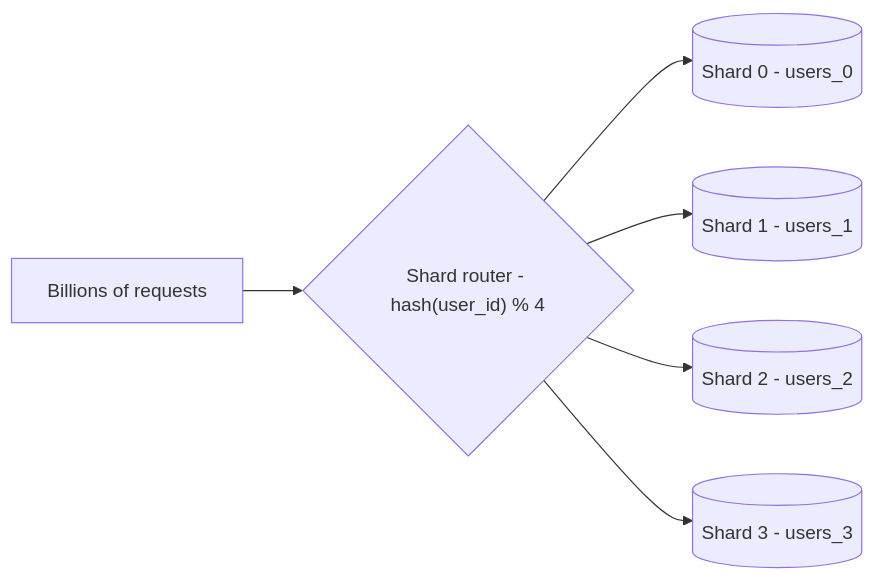
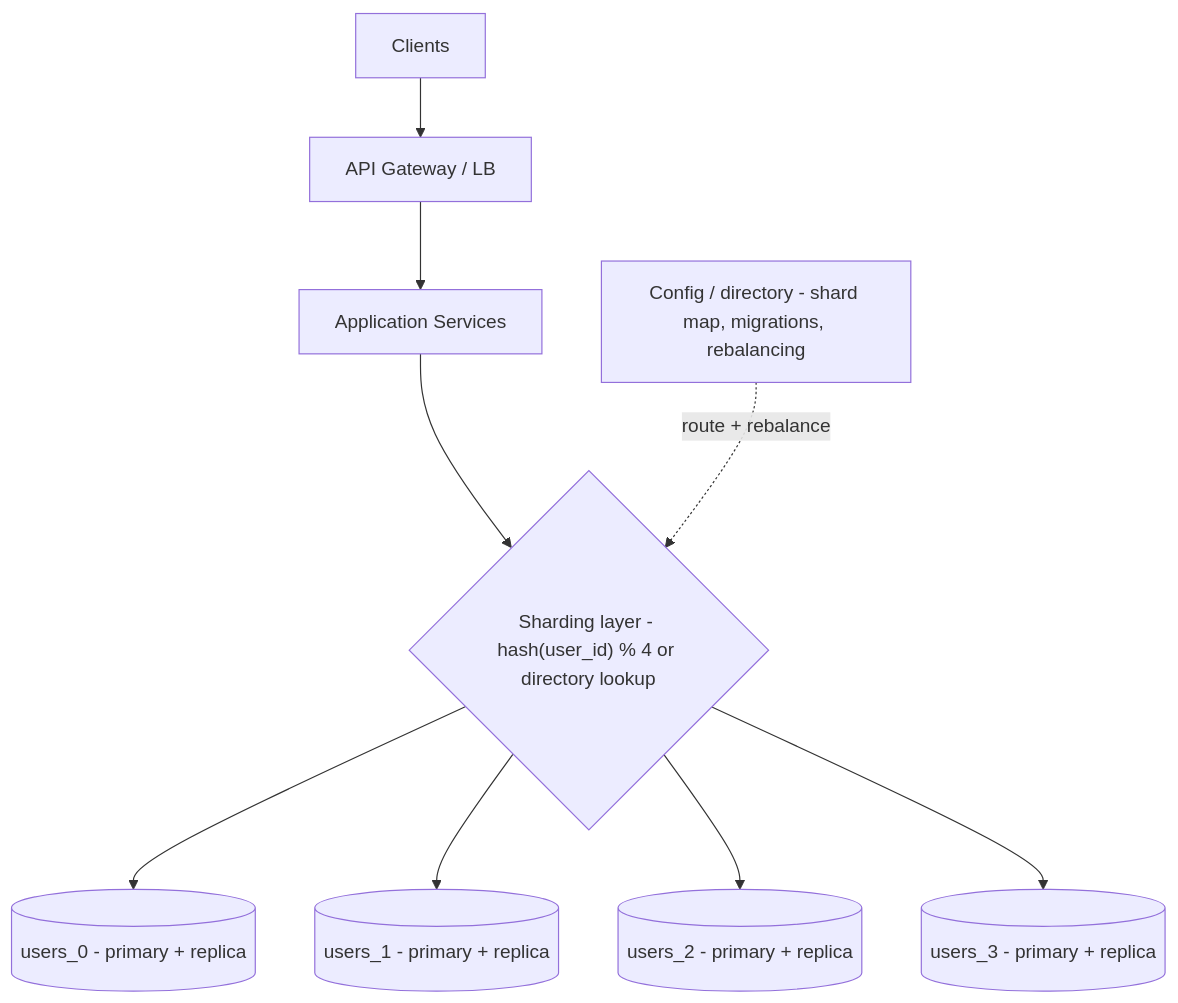
One commit to aishwary11/system-design changed the first of 2 diagrams in system-design-concepts.md. Above: the diagram before and after it, drawn with Mermaid. The commit also changed other lines of this file and 3 other files, not shown here.

First line of the commit message:
Upgrade feature-guide diagrams to production-grade mermaid

````diff
--- a/system-design-concepts.md
+++ b/system-design-concepts.md
@@ -44,8 +44,11 @@
 ```mermaid
-flowchart LR
-    clients["Billions of requests"] --> router{"Shard router - hash(user_id) % 4"}
-    router --> s0[("Shard 0 - users_0")]
-    router --> s1[("Shard 1 - users_1")]
-    router --> s2[("Shard 2 - users_2")]
-    router --> s3[("Shard 3 - users_3")]
+flowchart TB
+    clients["Clients"] --> edge["API Gateway / LB"]
+    edge --> app["Application Services"]
+    app --> router{"Sharding layer - hash(user_id) % 4 or directory lookup"}
+    router --> s0[("users_0 - primary + replica")]
+    router --> s1[("users_1 - primary + replica")]
+    router --> s2[("users_2 - primary + replica")]
+    router --> s3[("users_3 - primary + replica")]
+    config["Config / directory - shard map, migrations, rebalancing"] -. "route + rebalance" .-> router
 ```
````
